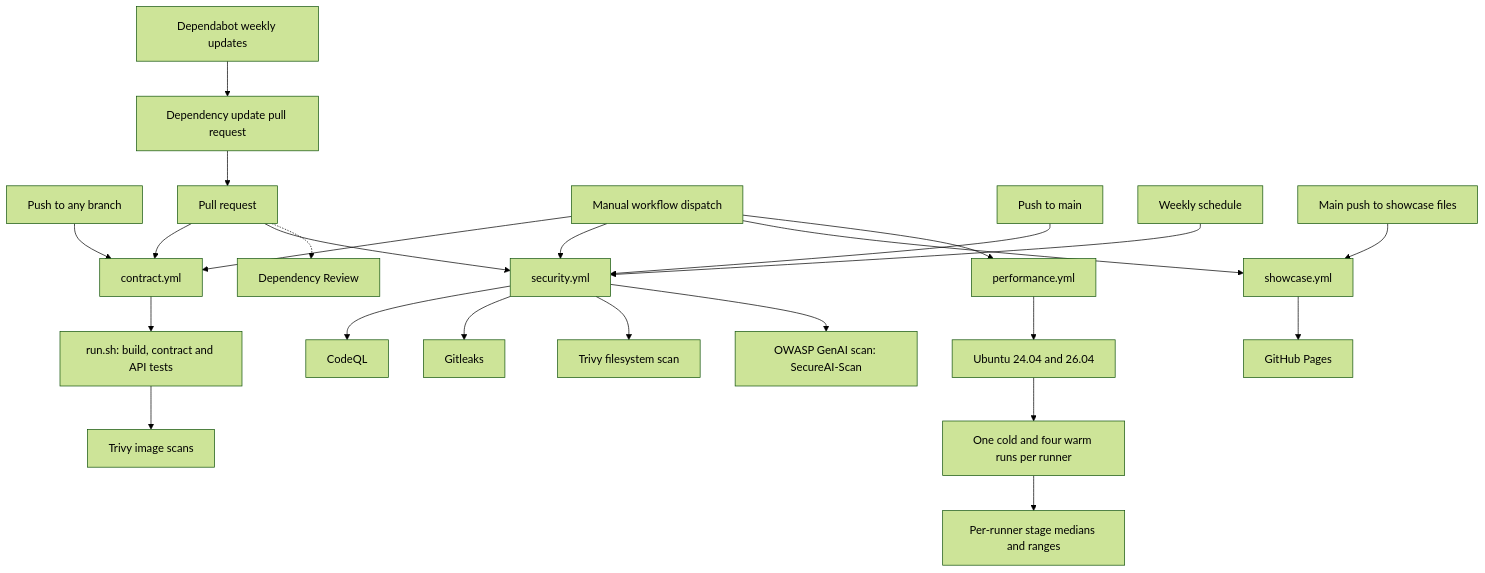
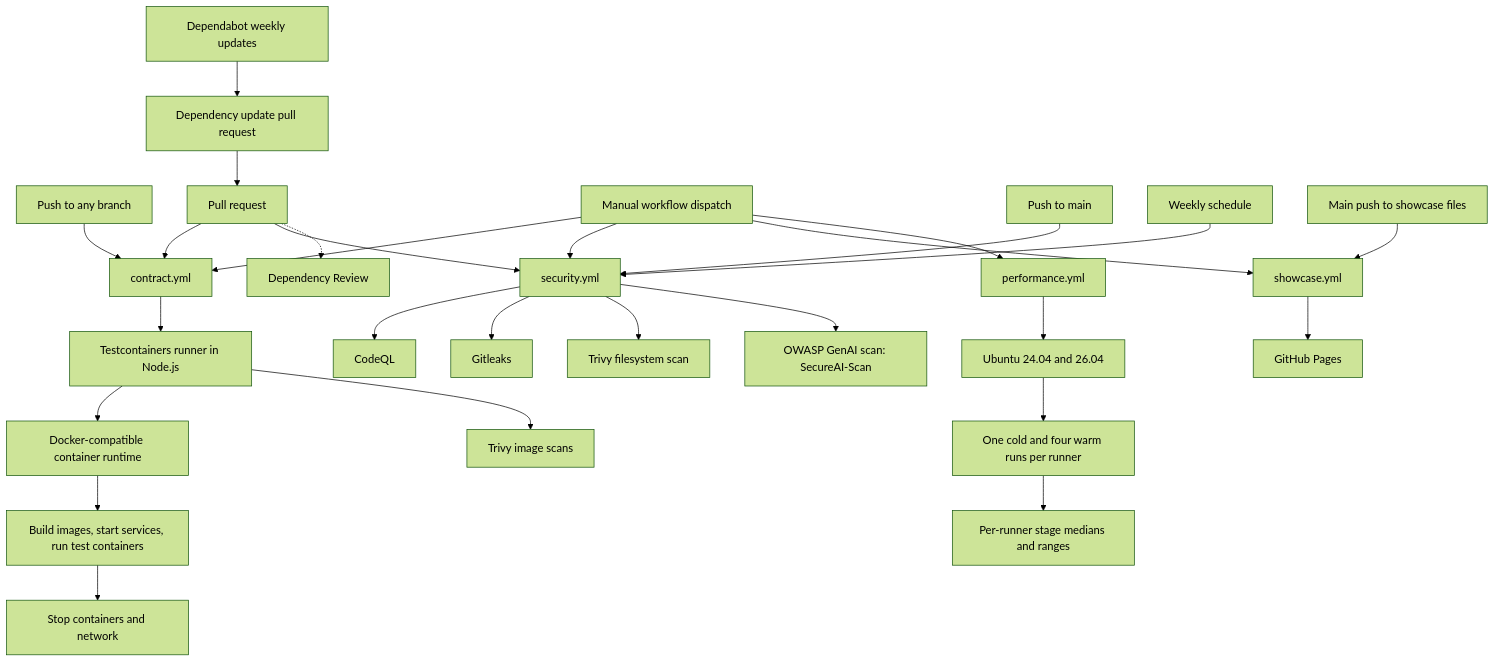
One commit to shoman2020/oas-polycontract changed the second of 2 diagrams in README.md. Above: the diagram before and after it, drawn with Mermaid (forest theme). The commit also changed other lines of this file and 17 other files, not shown here.

````diff
--- a/README.md
+++ b/README.md
@@ -45,28 +55,31 @@
 ```mermaid
 flowchart TB
   AnyPush[Push to any branch] --> Contract[contract.yml]
   PullRequest[Pull request] --> Contract
   Manual[Manual workflow dispatch] --> Contract
-  Contract --> Runner[run.sh: build, contract and API tests]
+  Contract --> Runner[Testcontainers runner in Node.js]
+  Runner --> Runtime[Docker-compatible container runtime]
+  Runtime --> Tasks[Build images, start services, run test containers]
+  Tasks --> Cleanup[Stop containers and network]
   Runner --> ImageScans[Trivy image scans]
 
   MainPush[Push to main] --> Security[security.yml]
   PullRequest --> Security
   Weekly[Weekly schedule] --> Security
   Manual --> Security
   Security --> CodeQL[CodeQL]
   Security --> Secrets[Gitleaks]
   Security --> FileScan[Trivy filesystem scan]
   Security --> AIScan[OWASP GenAI scan: SecureAI-Scan]
   PullRequest -.-> Review[Dependency Review]
 
   ShowcasePush[Main push to showcase files] --> Showcase[showcase.yml]
   Manual --> Showcase
   Showcase --> Pages[GitHub Pages]
   Manual --> Performance[performance.yml]
   Performance --> Runners[Ubuntu 24.04 and 26.04]
   Runners --> Samples[One cold and four warm runs per runner]
   Samples --> Timings[Per-runner stage medians and ranges]
   Dependabot[Dependabot weekly updates] --> UpdatePR[Dependency update pull request]
   UpdatePR --> PullRequest
 ```
````
